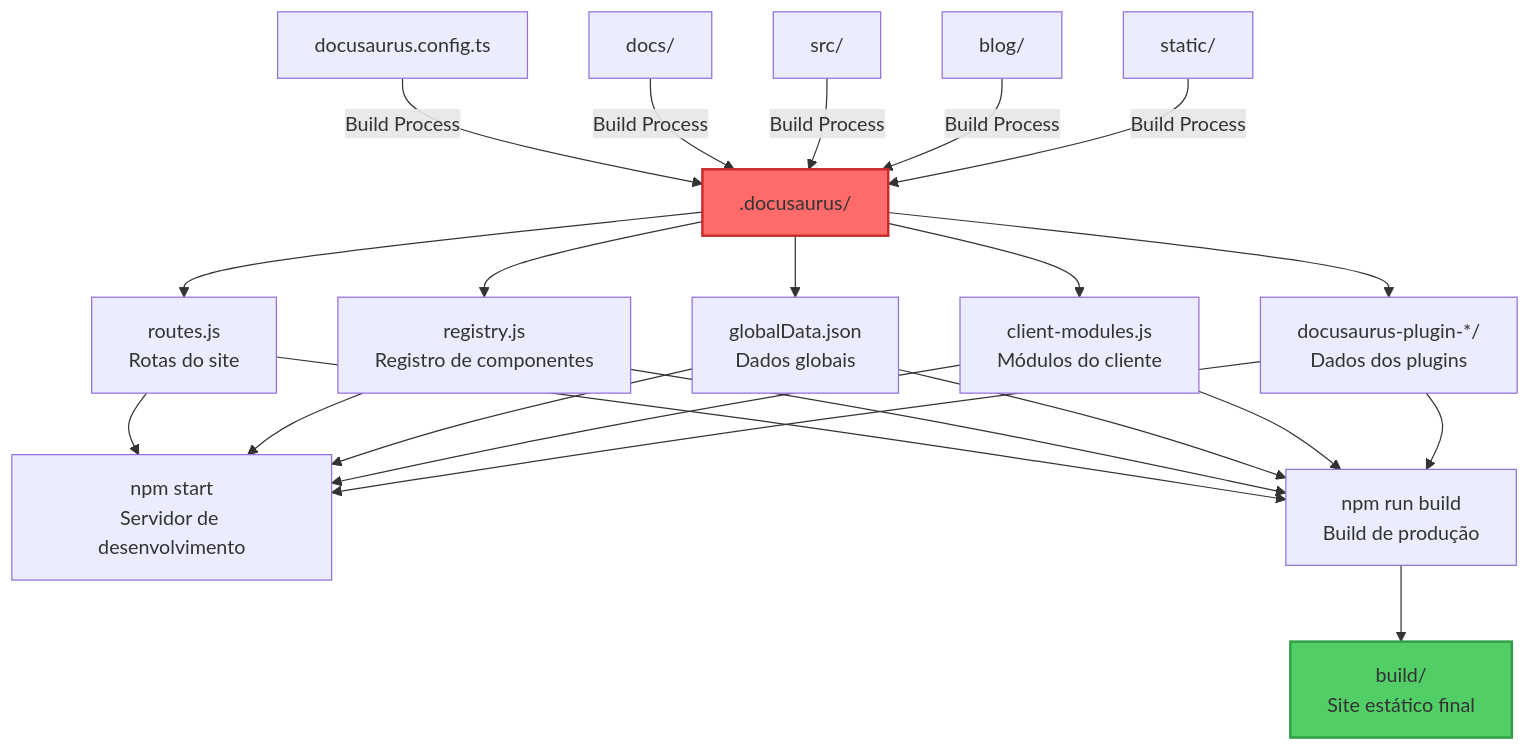
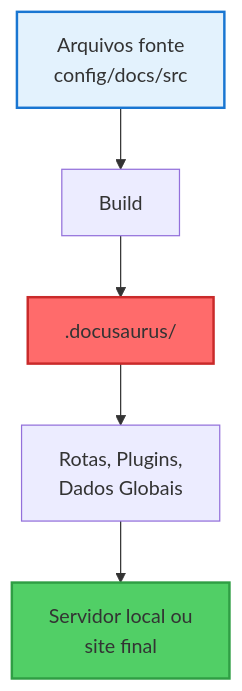
The diagram in docs/contribuir/esta-documentacao/05-recursos-tecnicos/docusaurus-folder.mdx (tatyquebralayout/n8n-Doc-PT-BR), drawn with Mermaid before and after one commit. The commit also changed other lines of this file and 22 other files, not shown here.

````diff
--- a/docs/contribuir/esta-documentacao/05-recursos-tecnicos/docusaurus-folder.mdx
+++ b/docs/contribuir/esta-documentacao/05-recursos-tecnicos/docusaurus-folder.mdx
@@ -22,31 +59,11 @@
 ```mermaid
 graph TD
-A[docusaurus.config.ts] -->|Build Process| B[.docusaurus/]
-C[docs/] -->|Build Process| B
-D[src/] -->|Build Process| B
-E[blog/] -->|Build Process| B
-F[static/] -->|Build Process| B
-
-B --> G[routes.js<br/>Rotas do site]
-B --> H[registry.js<br/>Registro de componentes]
-B --> I[globalData.json<br/>Dados globais]
-B --> J[client-modules.js<br/>Módulos do cliente]
-B --> K[docusaurus-plugin-*/<br/>Dados dos plugins]
-
-G --> L[npm start<br/>Servidor de desenvolvimento]
-H --> L
-I --> L
-J --> L
-K --> L
-
-G --> M[npm run build<br/>Build de produção]
-H --> M
-I --> M
-J --> M
-K --> M
-
-M --> N[build/<br/>Site estático final]
-
-style B fill:#ff6b6b,stroke:#c92a2a,stroke-width:2px
-style N fill:#51cf66,stroke:#2f9e44,stroke-width:2px
+    A[Arquivos fonte<br/>config/docs/src] --> B[Build]
+    B --> C[.docusaurus/]
+    C --> D[Rotas, Plugins,<br/>Dados Globais]
+    D --> E[Servidor local ou<br/>site final]
+    
+    style A fill:#e3f2fd,stroke:#1976d2,stroke-width:2px
+    style C fill:#ff6b6b,stroke:#c92a2a,stroke-width:2px
+    style E fill:#51cf66,stroke:#2f9e44,stroke-width:2px
 ```
````
